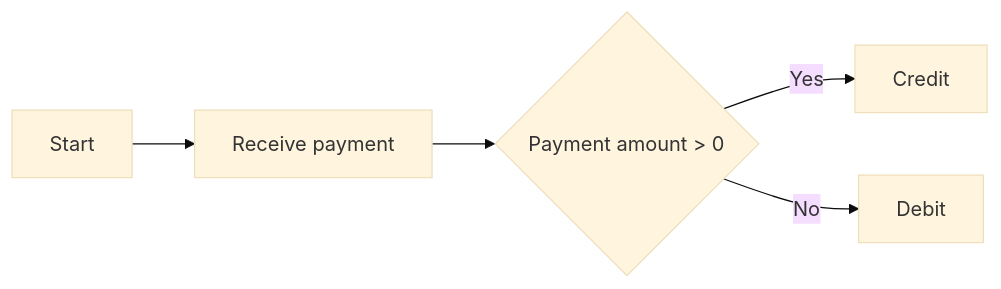
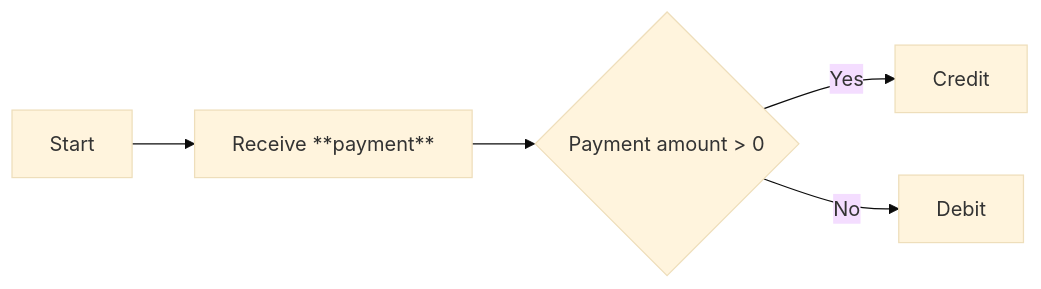
One commit to ShareMyWebStuff/mermaid-presentation changed the first of 2 diagrams in README.md. Above: the diagram before and after it, drawn with Mermaid (base theme). The commit also changed other lines of this file and 13 other files, not shown here.

Commit message:
Added seperate files for different charts.

````diff
--- a/README.md
+++ b/README.md
@@ -61,7 +50,7 @@
 ```mermaid
 flowchart LR
-    A[Start] --> B[Receive payment]
+    A[Start] --> B[Receive **payment**]
     B --> C{Payment amount > 0}
     C --> |Yes| D[Credit]
     C --> |No| E[Debit]
 ```
````
